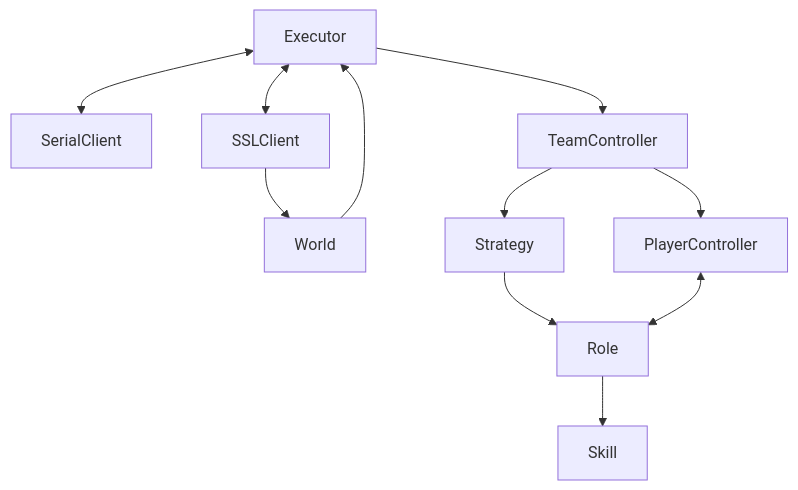
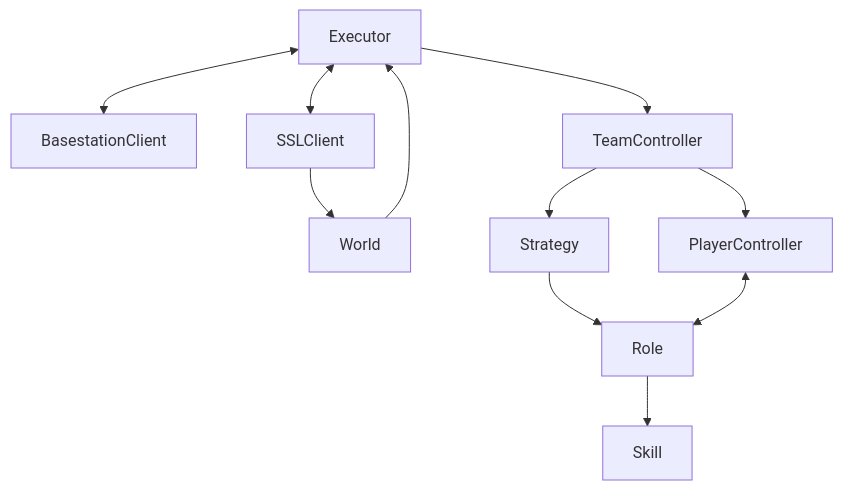
The second of 2 diagrams in docs/src/architecture.md (DelftMercurians/Dies), drawn with Mermaid before and after one commit. The commit also changed other lines of this file and 12 other files, not shown here.

Commit message:
misc: rename serial to basestation

````diff
--- a/docs/src/architecture.md
+++ b/docs/src/architecture.md
@@ -28,13 +28,13 @@
 ```mermaid
 graph TD
-Executor <--> SerialClient
+Executor <--> BasestationClient
     Executor <--> SSLClient
     World --> Executor
     Executor --> TeamController
     SSLClient --> World
     TeamController --> PlayerController
     TeamController --> Strategy
     Strategy --> Role
     Role --> Skill
     PlayerController <--> Role
 ```
````
